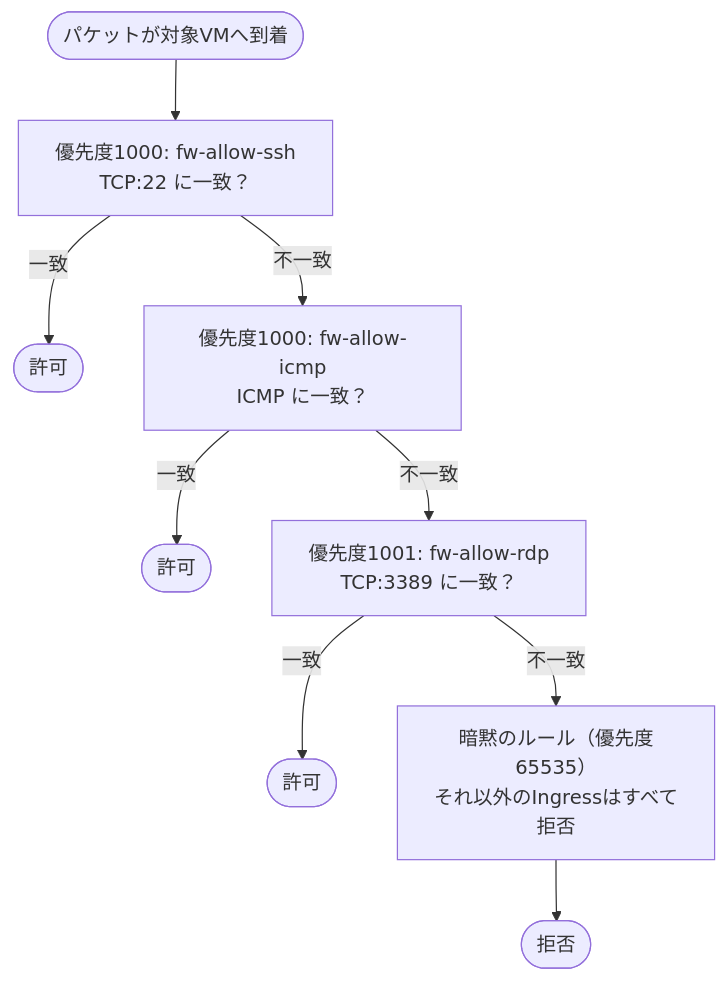
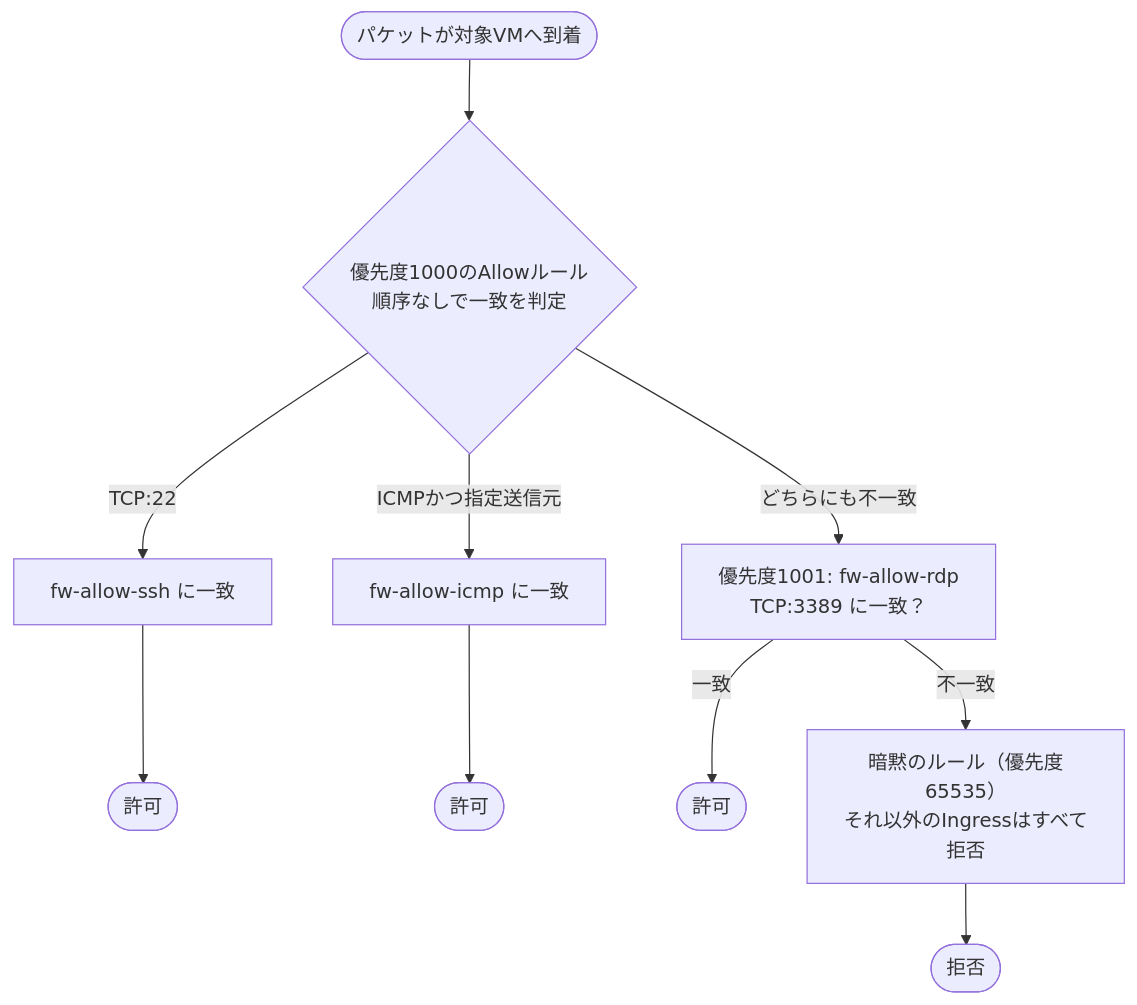
Before and after one commit to myoshi2891/Cloud-Infrastructure-Studies: the third of 4 diagrams in Gcp-vpc-network-challenge-lab-guide.md, drawn with Mermaid.

Commit message:
docs(network): clarify equal-priority firewall rules

````diff
--- a/Gcp-vpc-network-challenge-lab-guide.md
+++ b/Gcp-vpc-network-challenge-lab-guide.md
@@ -183,11 +183,12 @@
 ```mermaid
 flowchart TB
-    Start(["パケットが対象VMへ到着"]) --> R1["優先度1000: fw-allow-ssh<br/>TCP:22 に一致？"]
-    R1 -->|一致| Allow1(["許可"])
-    R1 -->|不一致| R3["優先度1000: fw-allow-icmp<br/>ICMP に一致？"]
-    R3 -->|一致| Allow2(["許可"])
-    R3 -->|不一致| R2["優先度1001: fw-allow-rdp<br/>TCP:3389 に一致？"]
+    Start(["パケットが対象VMへ到着"]) --> P1000{"優先度1000のAllowルール<br/>順序なしで一致を判定"}
+    P1000 -->|TCP:22| R1["fw-allow-ssh に一致"]
+    P1000 -->|ICMPかつ指定送信元| R3["fw-allow-icmp に一致"]
+    R1 --> Allow1(["許可"])
+    R3 --> Allow2(["許可"])
+    P1000 -->|どちらにも不一致| R2["優先度1001: fw-allow-rdp<br/>TCP:3389 に一致？"]
     R2 -->|一致| Allow3(["許可"])
     R2 -->|不一致| Implied["暗黙のルール（優先度65535）<br/>それ以外のIngressはすべて拒否"]
     Implied --> Deny(["拒否"])
 ```
````
